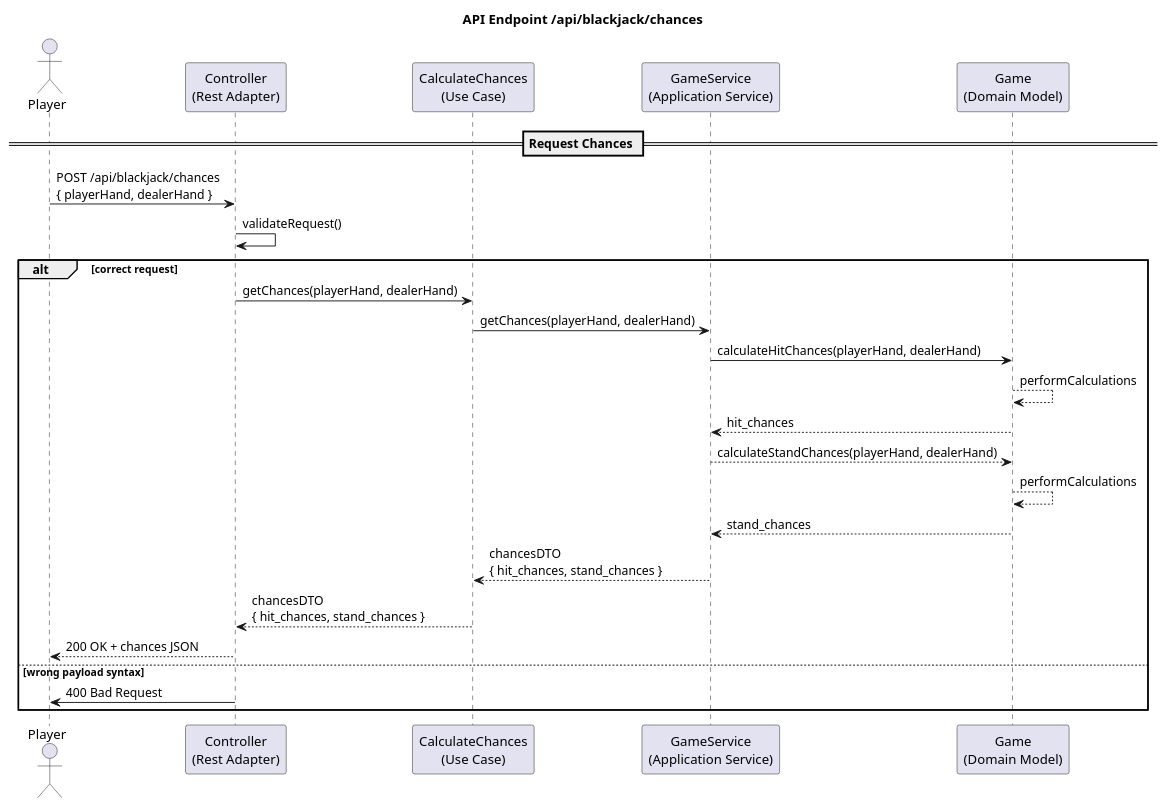
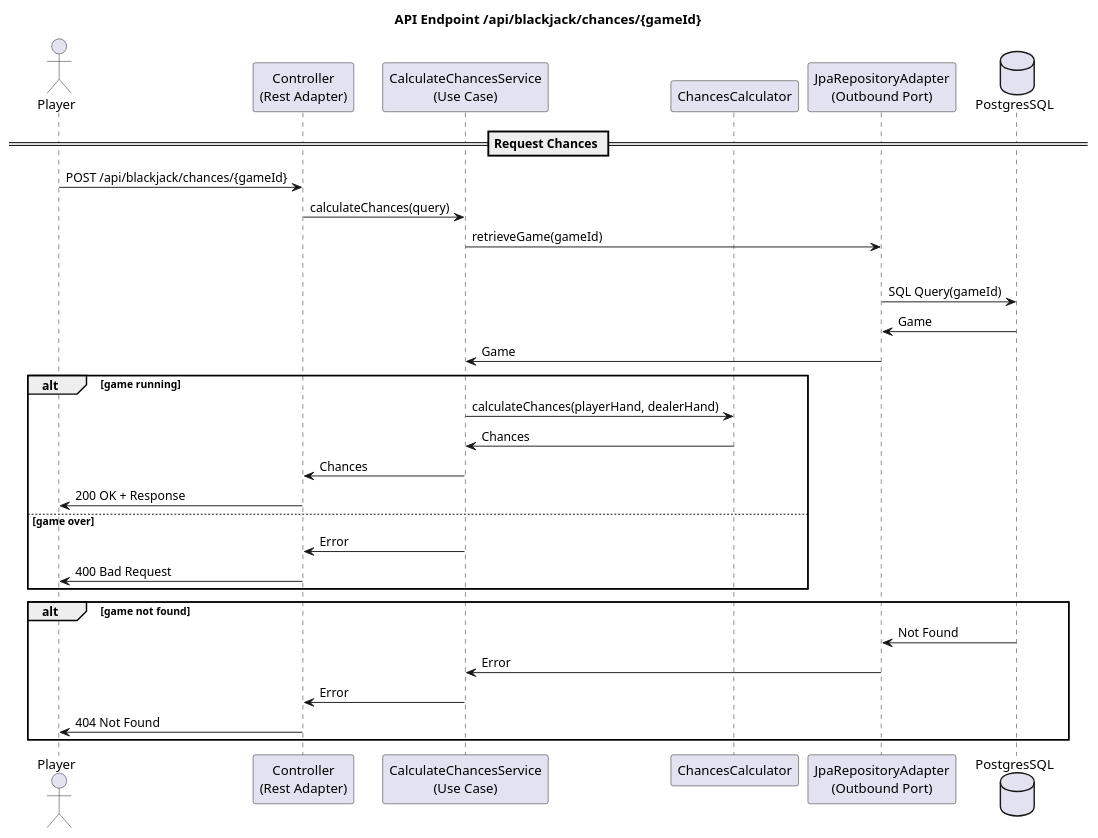
Before and after one commit to voelkerh/Blackjack: the diagram in docs/uml/sequence_diagram_chances.puml, drawn with PlantUML.

Commit message:
Revise chances diagram

```diff
--- a/docs/uml/sequence_diagram_chances.puml
+++ b/docs/uml/sequence_diagram_chances.puml
@@ -1,32 +1,41 @@
 @startuml
-title API Endpoint /api/blackjack/chances
+title API Endpoint /api/blackjack/chances/{gameId}
 actor Player
 
 participant "Controller\n(Rest Adapter)" as Controller
-participant "CalculateChances\n(Use Case)" as UseCase
-participant "GameService\n(Application Service)" as Service
-participant "Game\n(Domain Model)" as Domain
+participant "CalculateChancesService\n(Use Case)" as Service
+participant "ChancesCalculator" as Calculator
+participant "JpaRepositoryAdapter\n(Outbound Port)" as Adapter
+database PostgresSQL
 
 == Request Chances ==
 
-Player -> Controller : POST /api/blackjack/chances\n{ playerHand, dealerHand }
-Controller -> Controller : validateRequest()
+Player -> Controller : POST /api/blackjack/chances/{gameId}
+Controller -> Service : calculateChances(query)
+Service -> Adapter : retrieveGame(gameId)
 
-alt correct request
-    Controller -> UseCase : getChances(playerHand, dealerHand)
-    UseCase -> Service : getChances(playerHand, dealerHand)
-    Service -> Domain : calculateHitChances(playerHand, dealerHand)
-    Domain --> Domain : performCalculations
-    Domain --> Service : hit_chances
-    Service --> Domain : calculateStandChances(playerHand, dealerHand)
-    Domain --> Domain : performCalculations
-    Domain --> Service : stand_chances
-    Service --> UseCase : chancesDTO\n{ hit_chances, stand_chances }
-    UseCase --> Controller : chancesDTO\n{ hit_chances, stand_chances }
-    Controller --> Player : 200 OK + chances JSON
+alt game found
+    Adapter -> PostgresSQL : SQL Query(gameId)
+    PostgresSQL -> Adapter : Game
+    Adapter -> Service : Game
 
-else wrong payload syntax
-    Controller -> Player : 400 Bad Request
+    alt game running
+    Service -> Calculator : calculateChances(playerHand, dealerHand)
+    Calculator -> Service : Chances
+    Service -> Controller : Chances
+    Controller -> Player : 200 OK + Response
+
+    else game over
+        Service -> Controller : Error
+        Controller -> Player : 400 Bad Request
+    end
+
+alt game not found
+    PostgresSQL -> Adapter : Not Found
+    Adapter -> Service : Error
+    Service -> Controller : Error
+    Controller -> Player : 404 Not Found
+
 end
 
 @enduml
```
